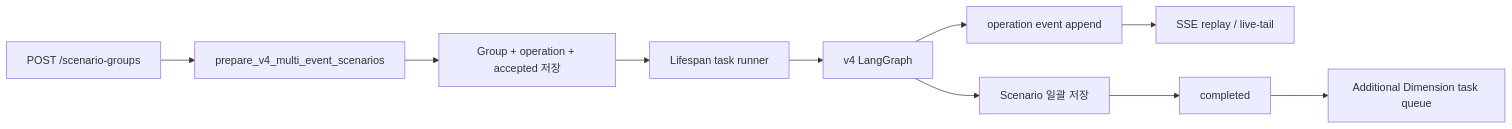
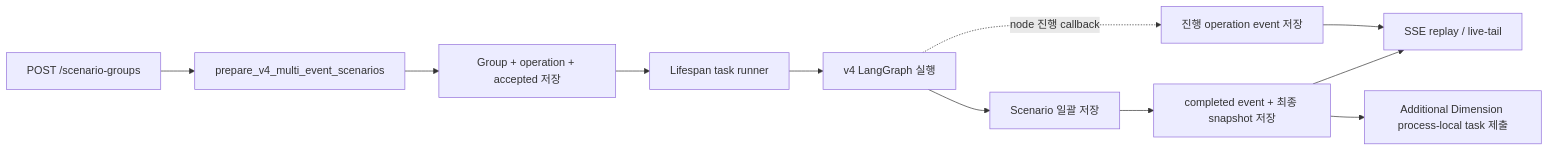
Before and after one commit to enkhbaatarL/skmip-mi-agent: the second of 5 diagrams in docs/agents/scenario_group_agent/03_SCENARIO_GROUP_AGENT_FLOW.md, drawn with Mermaid. The commit also changed other lines of this file and 5 other files, not shown here.

````diff
--- a/docs/agents/scenario_group_agent/03_SCENARIO_GROUP_AGENT_FLOW.md
+++ b/docs/agents/scenario_group_agent/03_SCENARIO_GROUP_AGENT_FLOW.md
@@ -28,12 +106,13 @@
 ```mermaid
 flowchart LR
     A[POST /scenario-groups] --> B[prepare_v4_multi_event_scenarios]
     B --> C[Group + operation + accepted 저장]
     C --> D[Lifespan task runner]
-    D --> E[v4 LangGraph]
-    E --> F[operation event append]
+    D --> E[v4 LangGraph 실행]
+    E -. node 진행 callback .-> F[진행 operation event 저장]
     F --> G[SSE replay / live-tail]
     E --> H[Scenario 일괄 저장]
-    H --> I[completed]
-    I --> J[Additional Dimension task queue]
+    H --> I[completed event + 최종 snapshot 저장]
+    I --> G
+    I --> J[Additional Dimension process-local task 제출]
 ```
````
